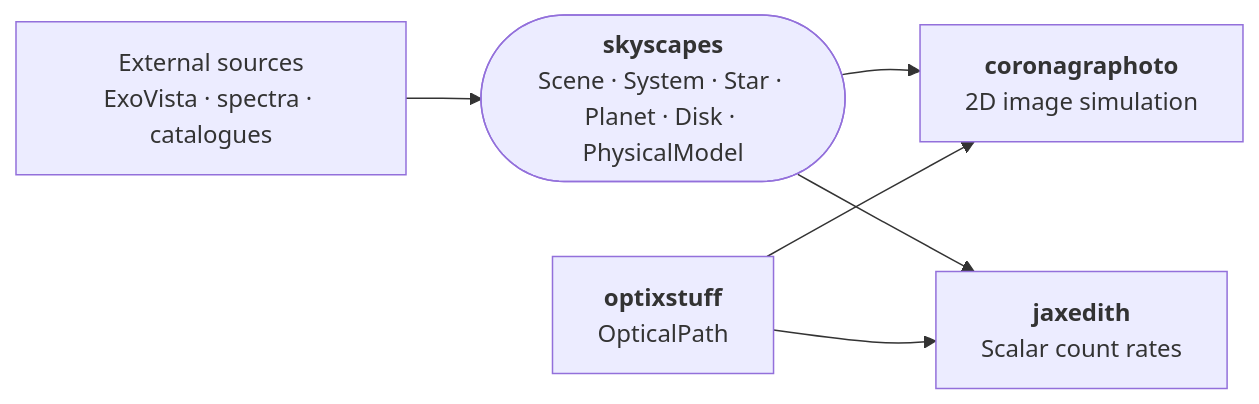
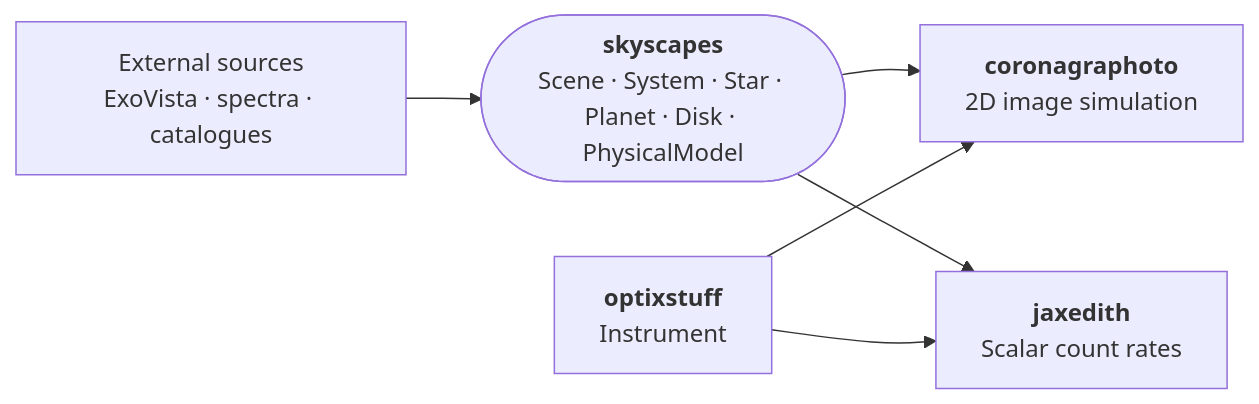
Before and after one commit to CoreySpohn/skyscapes: the diagram in README.md, drawn with Mermaid. The commit also changed other lines of this file and 13 other files, not shown here.

Commit message:
feat!: from_exovista returns a Scene with a default zodi; rename OpticalPath to Instrument in docs

````diff
--- a/README.md
+++ b/README.md
@@ -64,14 +64,14 @@
 ```mermaid
 flowchart LR
     src["External sources<br/>ExoVista · spectra · catalogues"]
     sky(["<b>skyscapes</b><br/>Scene · System · Star · Planet · Disk · PhysicalModel"])
-    opt["<b>optixstuff</b><br/>OpticalPath"]
+    opt["<b>optixstuff</b><br/>Instrument"]
     cor["<b>coronagraphoto</b><br/>2D image simulation"]
     jet["<b>jaxedith</b><br/>Scalar count rates"]
 
     src --> sky
     sky --> cor
     sky --> jet
     opt --> cor
     opt --> jet
 ```
````
